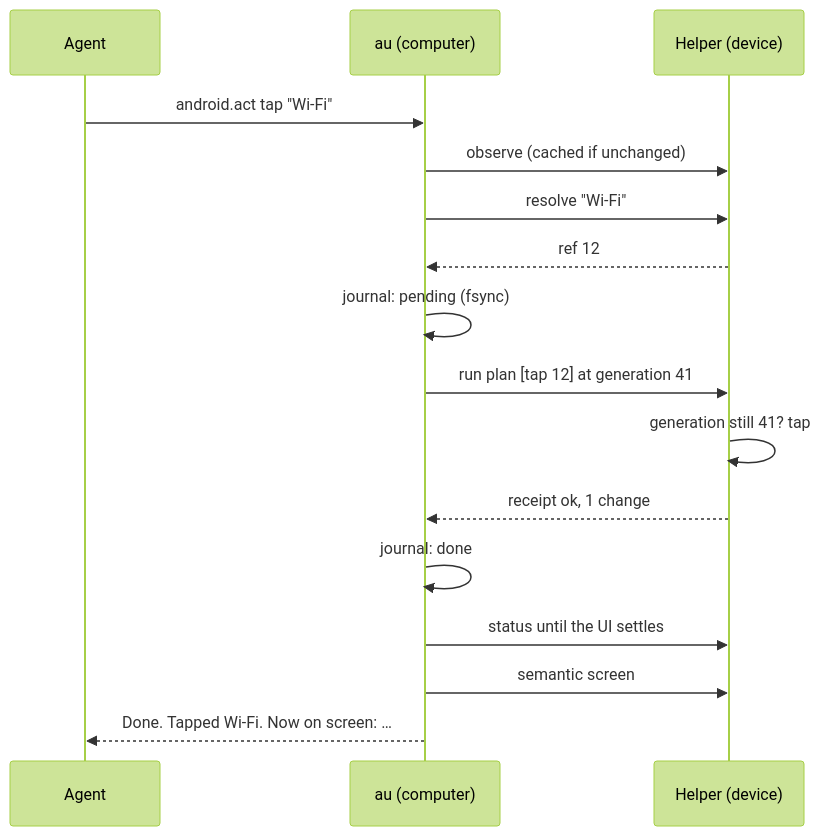
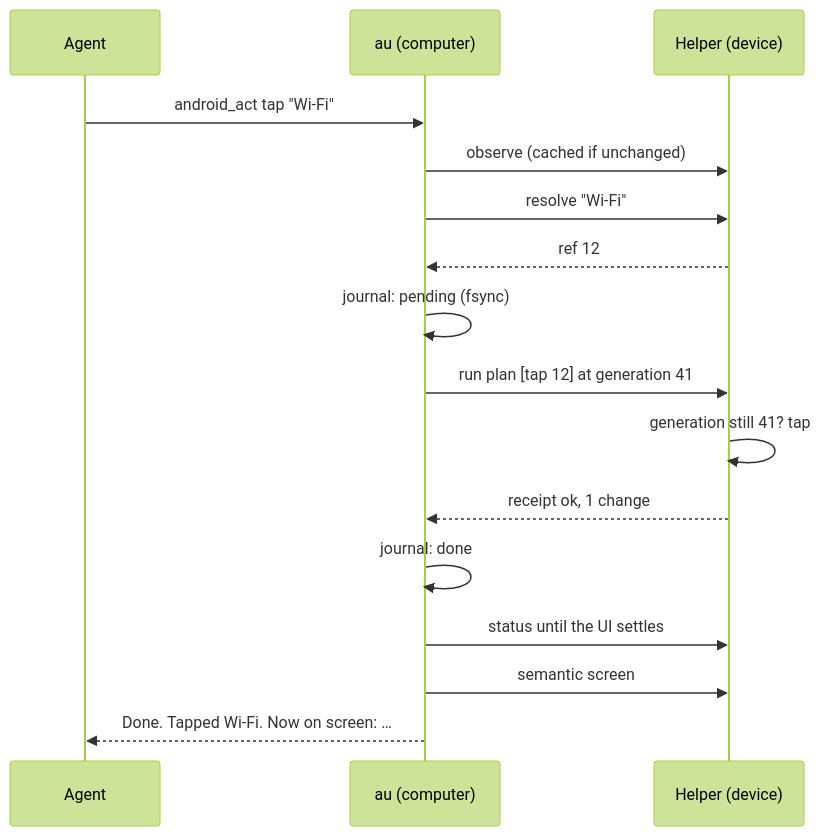
One commit to Leviathangk/android-use changed the diagram in docs/concepts/architecture.md. Above: the diagram before and after it, drawn with Mermaid (forest theme). The commit also changed 29 other files, not shown here.

First line of the commit message:
Fixed text 834 -> 333 tokens: spec.rs table, help read, android_read/android_act

````diff
--- a/docs/concepts/architecture.md
+++ b/docs/concepts/architecture.md
@@ -9,18 +9,18 @@
 ```mermaid
 sequenceDiagram
     participant Agent
     participant au as au (computer)
     participant Helper as Helper (device)
-    Agent->>au: android.act  tap "Wi-Fi"
+    Agent->>au: android_act  tap "Wi-Fi"
     au->>Helper: observe (cached if unchanged)
     au->>Helper: resolve "Wi-Fi"
     Helper-->>au: ref 12
     au->>au: journal: pending (fsync)
     au->>Helper: run plan [tap 12] at generation 41
     Helper->>Helper: generation still 41? tap
     Helper-->>au: receipt ok, 1 change
     au->>au: journal: done
     au->>Helper: status until the UI settles
     au->>Helper: semantic screen
     au-->>Agent: Done. Tapped Wi-Fi. Now on screen: …
 ```
````
